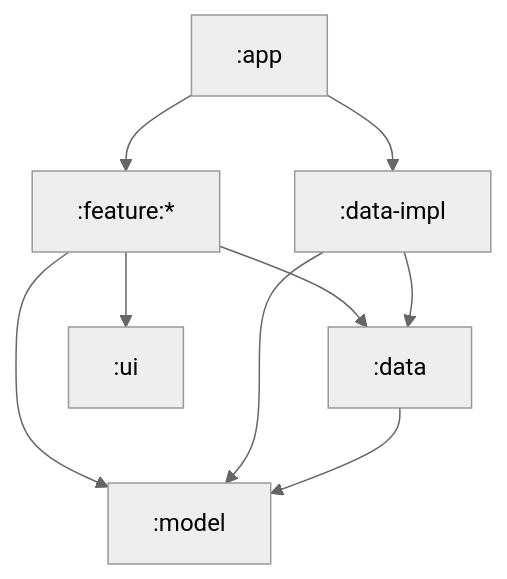
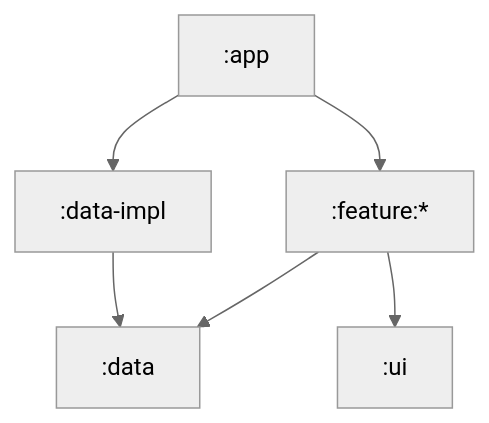
One commit to NUmeroAndDev/DagashiApp-android changed the diagram in README.md. Above: the diagram before and after it, drawn with Mermaid (neutral theme). The commit also changed 32 other files, not shown here.

````diff
--- a/README.md
+++ b/README.md
@@ -11,11 +11,8 @@
 ```mermaid
   graph TD;
       :app-->:feature:*;
       :app-->:data-impl;
       :feature:*-->:data;
-      :feature:*-->:model;
       :feature:*-->:ui;
       :data-impl-->:data;
-      :data-impl-->:model;
-      :data-->:model;
 ```
````
